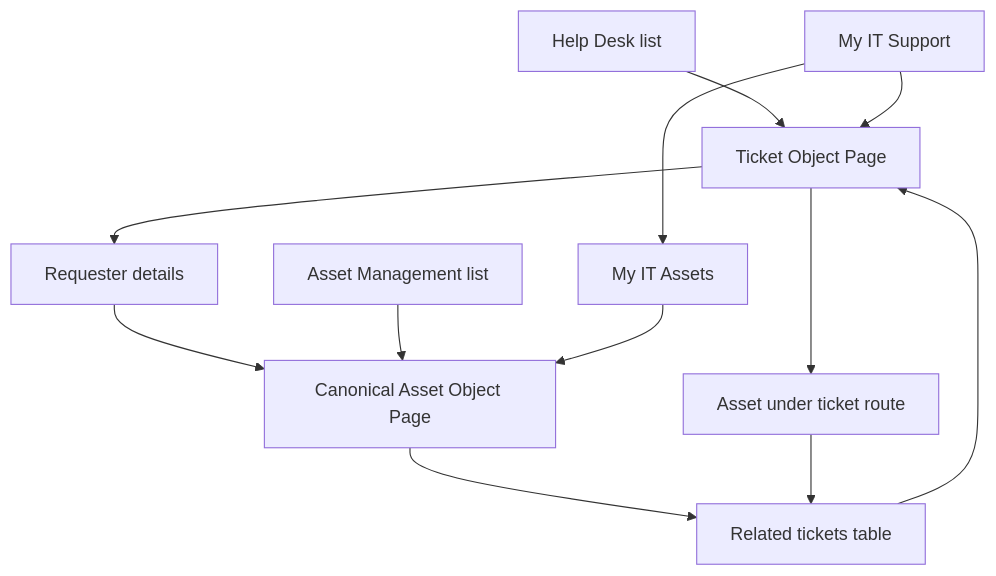
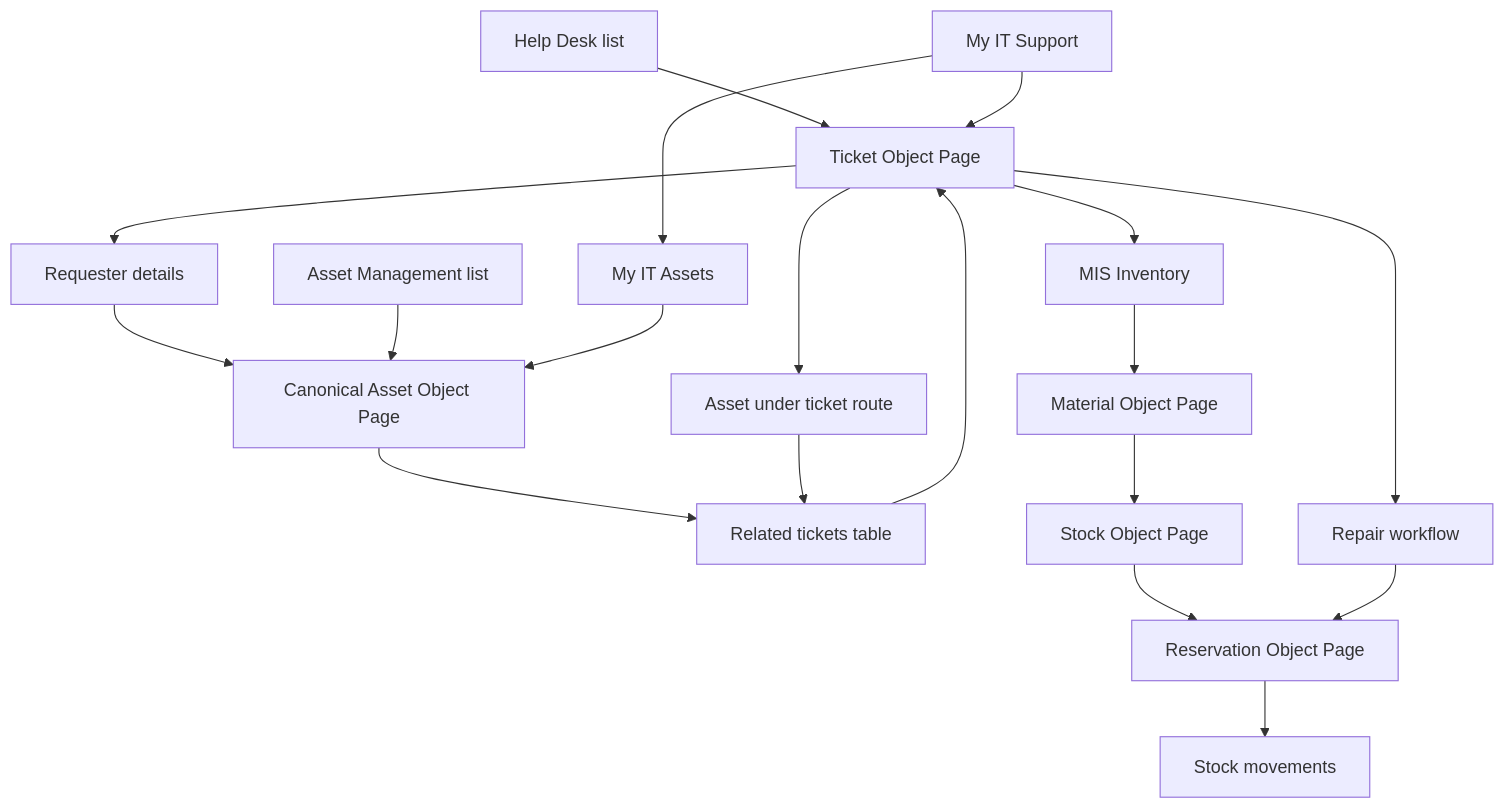
One commit to MMuneeb17/SAP-IT-OPERATIONS changed the fourth of 14 diagrams in PROJECT_ARCHITECTURE_AND_WORKFLOW.md. Above: the diagram before and after it, drawn with Mermaid. The commit also changed other lines of this file and 50 other files, not shown here.

Commit message:
Complete inventory and integrated repair workflows for Phases 5 and 6

````diff
--- a/PROJECT_ARCHITECTURE_AND_WORKFLOW.md
+++ b/PROJECT_ARCHITECTURE_AND_WORKFLOW.md
@@ -205,14 +212,21 @@
 ```mermaid
 flowchart TD
   Tickets[Help Desk list] --> Ticket[Ticket Object Page]
   Support[My IT Support] --> Ticket
   Ticket --> Requester[Requester details]
   Ticket --> NestedAsset[Asset under ticket route]
   Requester --> Asset[Canonical Asset Object Page]
   Assets[Asset Management list] --> Asset
   Mine[My IT Assets] --> Asset
   Support --> Mine
   Asset --> Related[Related tickets table]
   NestedAsset --> Related
   Related --> Ticket
+  Ticket --> Repair[Repair workflow]
+  Ticket --> Inventory[MIS Inventory]
+  Inventory --> Material[Material Object Page]
+  Material --> Stock[Stock Object Page]
+  Stock --> Reservation[Reservation Object Page]
+  Repair --> Reservation
+  Reservation --> Movements[Stock movements]
 ```
````
